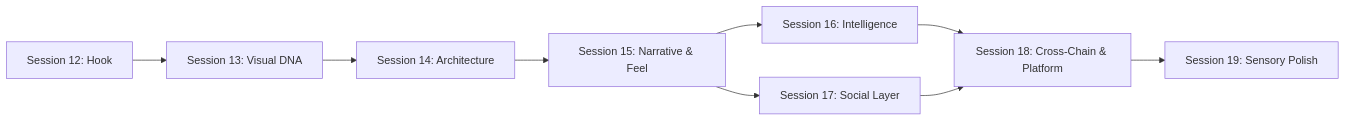
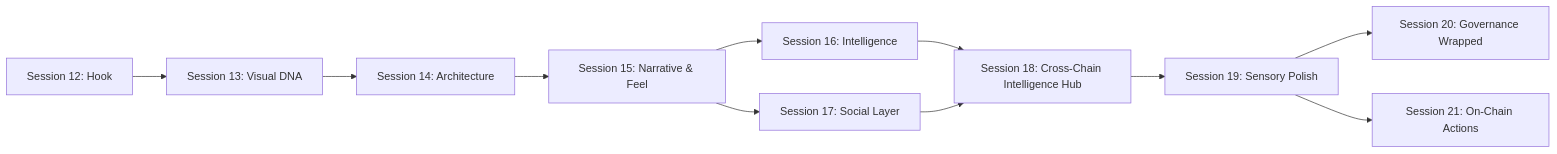
Before and after one commit to governada/app: the diagram in docs/strategy/product-wow-plan-v2.md, drawn with Mermaid. The commit also changed other lines of this file and 32 other files, not shown here.

First line of the commit message:
feat: Session 18 — Cross-Chain Governance Intelligence Hub (#35)

````diff
--- a/docs/strategy/product-wow-plan-v2.md
+++ b/docs/strategy/product-wow-plan-v2.md
@@ -632,11 +743,13 @@
 ```mermaid
 graph LR
     S12[Session 12: Hook] --> S13[Session 13: Visual DNA]
     S13 --> S14[Session 14: Architecture]
     S14 --> S15[Session 15: Narrative & Feel]
     S15 --> S16[Session 16: Intelligence]
     S15 --> S17[Session 17: Social Layer]
-    S16 --> S18[Session 18: Cross-Chain & Platform]
+    S16 --> S18[Session 18: Cross-Chain Intelligence Hub]
     S17 --> S18
     S18 --> S19[Session 19: Sensory Polish]
+    S19 --> S20[Session 20: Governance Wrapped]
+    S19 --> S21[Session 21: On-Chain Actions]
 ```
````
